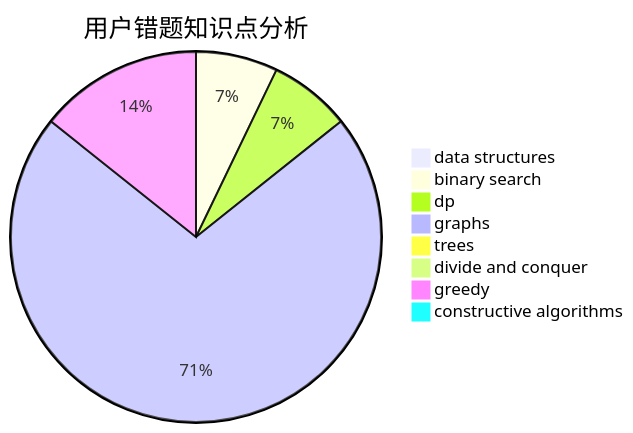
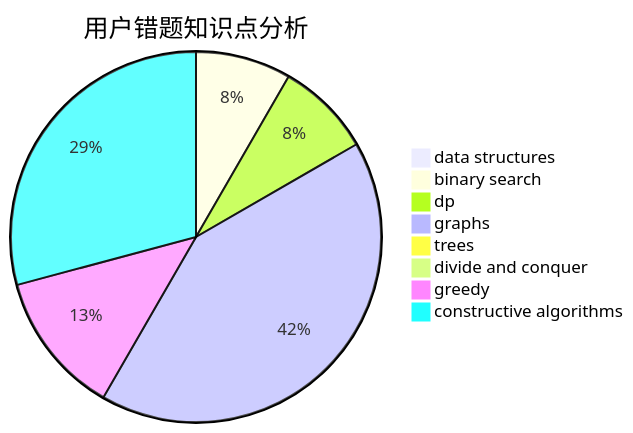
Before and after one commit to sherpahu/cfrs.github.io: the third of 3 diagrams in docs/user/u469.md, drawn with Mermaid. The commit also changed other lines of this file and 2770 other files, not shown here.

````diff
--- a/docs/user/u469.md
+++ b/docs/user/u469.md
@@ -36,11 +36,11 @@
 ```mermaid
 pie title 用户错题知识点分析
     "data structures" :  0
-    "binary search" :  1
-    "dp" :  1
+    "binary search" :  2
+    "dp" :  2
     "graphs" :  10
     "trees" :  0
     "divide and conquer" :  0
-    "greedy" :  2
-    "constructive algorithms" :  0
+    "greedy" :  3
+    "constructive algorithms" :  7
 ```
````
